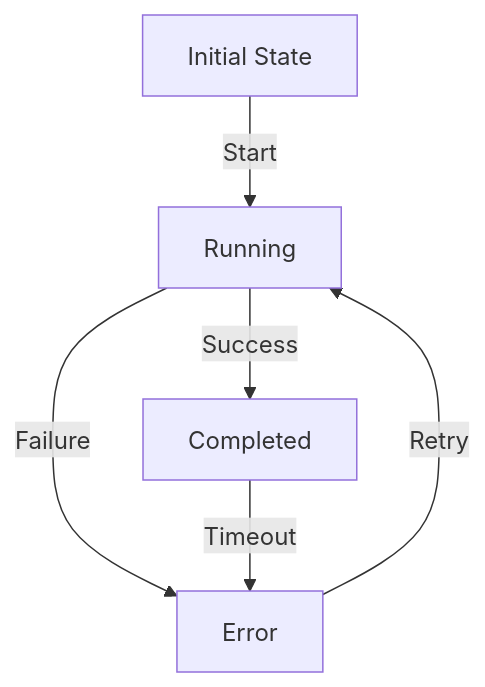
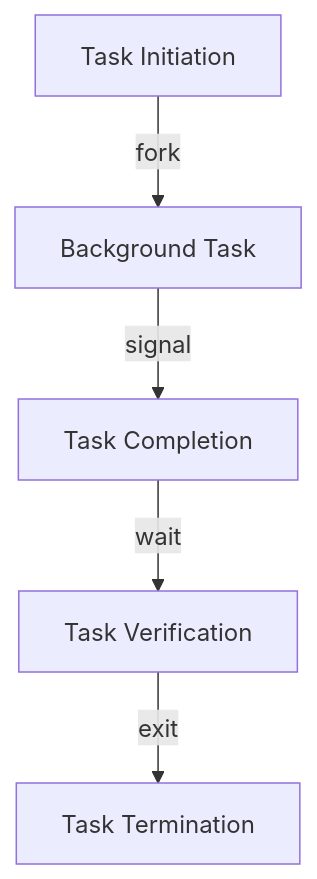
One commit to baaghinitesh/dailly-notes changed the diagram in docs/blogs/Common_Mistakes_in_Minimalist_Shell_Automation_and_How_to_Avoid_Them_Part_3.md. Above: the diagram before and after it, drawn with Mermaid. The commit also changed other lines of this file and 5 other files, not shown here.

````diff
--- a/docs/blogs/Common_Mistakes_in_Minimalist_Shell_Automation_and_How_to_Avoid_Them_Part_3.md
+++ b/docs/blogs/Common_Mistakes_in_Minimalist_Shell_Automation_and_How_to_Avoid_Them_Part_3.md
@@ -18,8 +31,7 @@
 ```mermaid
 flowchart TD
-    A[Initial State] -->|Start| B[Running]
-    B -->|Success| C[Completed]
-    B -->|Failure| D[Error]
-    D -->|Retry| B
-    C -->|Timeout| D
+    A[Task Initiation] -->|fork| B[Background Task]
+    B -->|signal| C[Task Completion]
+    C -->|wait| D[Task Verification]
+    D -->|exit| E[Task Termination]
 ```
````
